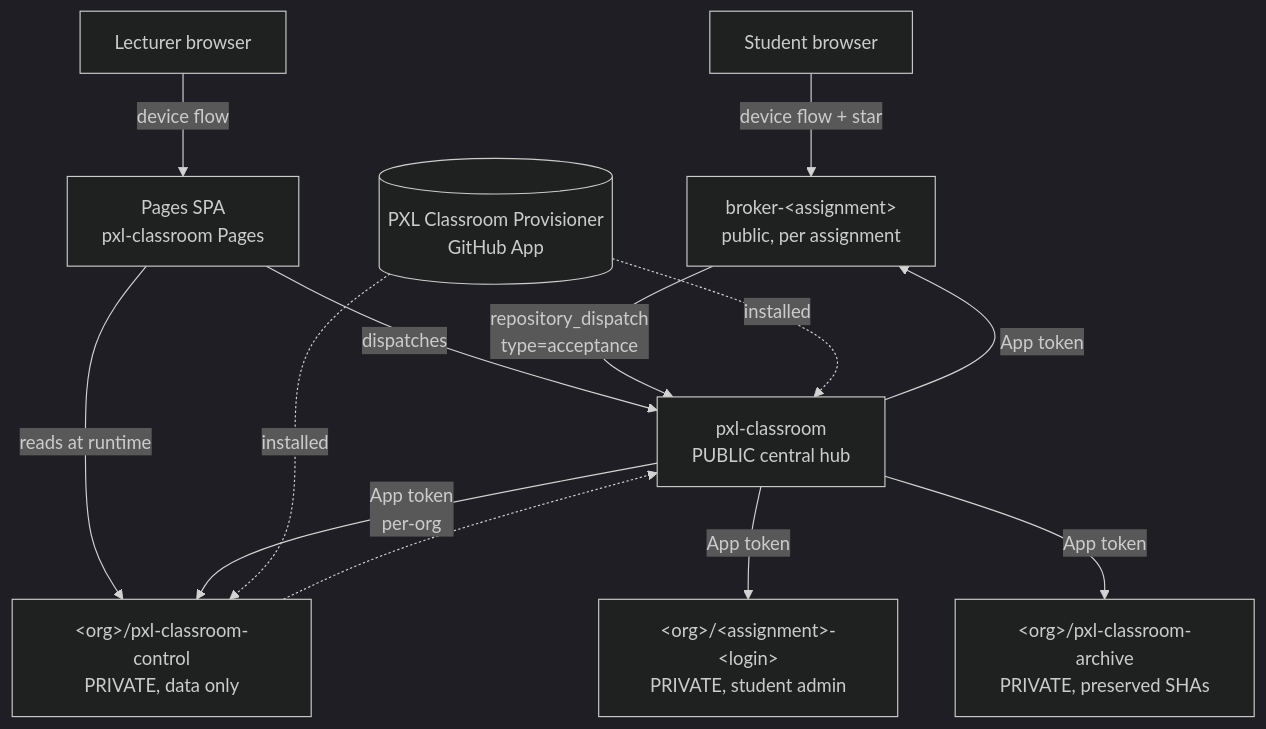
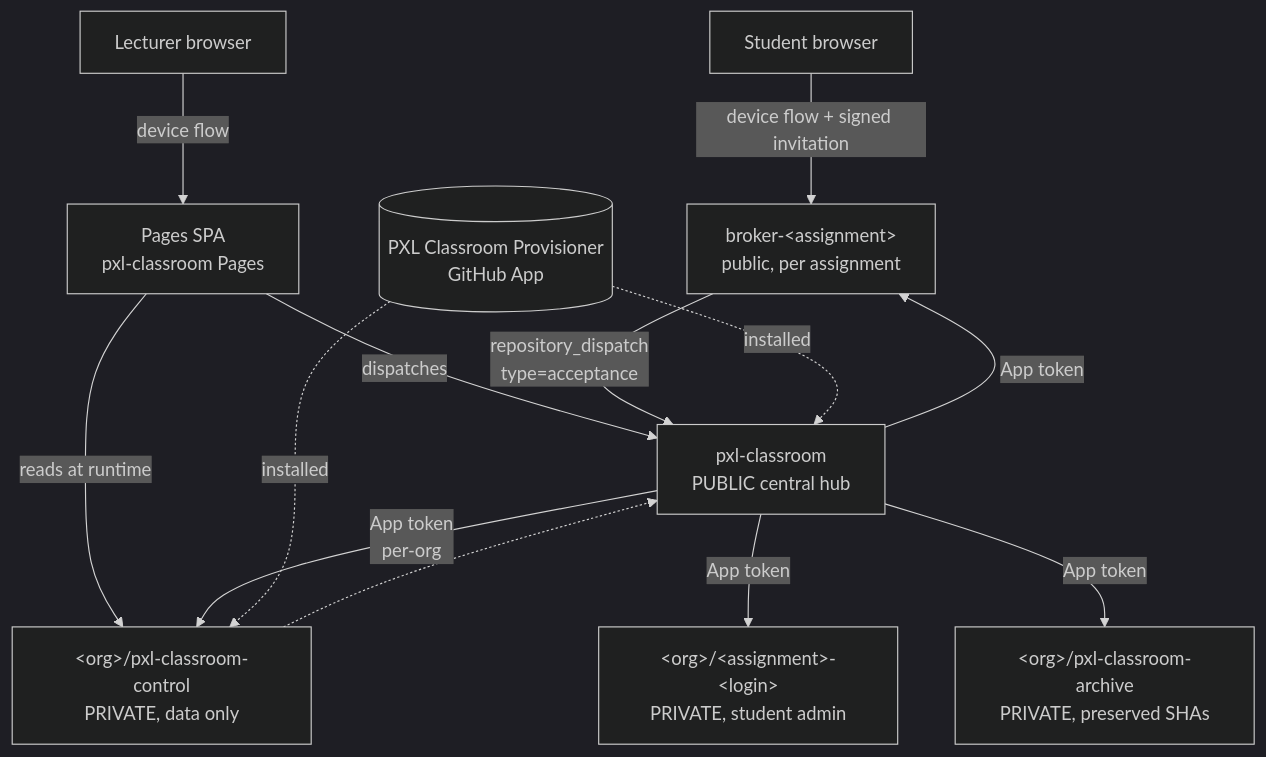
The diagram in ARCHITECTURE.md (PXL-Digital-Application-Samples/pxl-classroom), drawn with Mermaid (dark theme) before and after one commit. The commit also changed other lines of this file and 22 other files, not shown here.

````diff
--- a/ARCHITECTURE.md
+++ b/ARCHITECTURE.md
@@ -42,21 +42,21 @@
 ```mermaid
 graph TD
-    Student[Student browser] -->|device flow + star| Broker
+    Student[Student browser] -->|device flow + signed invitation| Broker
     Lecturer[Lecturer browser] -->|device flow| Pages
     Pages[Pages SPA<br/>pxl-classroom Pages] -->|reads at runtime| ControlRepo
     Pages -->|dispatches| Hub
 
     Broker[broker-&lt;assignment&gt;<br/>public, per assignment] -->|repository_dispatch<br/>type=acceptance| Hub
 
     Hub[pxl-classroom<br/>PUBLIC central hub] -->|App token<br/>per-org| ControlRepo
     Hub -->|App token| StudentRepo
     Hub -->|App token| Archive
     Hub -->|App token| Broker
 
     ControlRepo[&lt;org&gt;/pxl-classroom-control<br/>PRIVATE, data only] -.-> Hub
     StudentRepo[&lt;org&gt;/&lt;assignment&gt;-&lt;login&gt;<br/>PRIVATE, student admin]
     Archive[&lt;org&gt;/pxl-classroom-archive<br/>PRIVATE, preserved SHAs]
 
     App[(PXL Classroom Provisioner<br/>GitHub App)] -.installed.-> ControlRepo
     App -.installed.-> Hub
 ```
````
